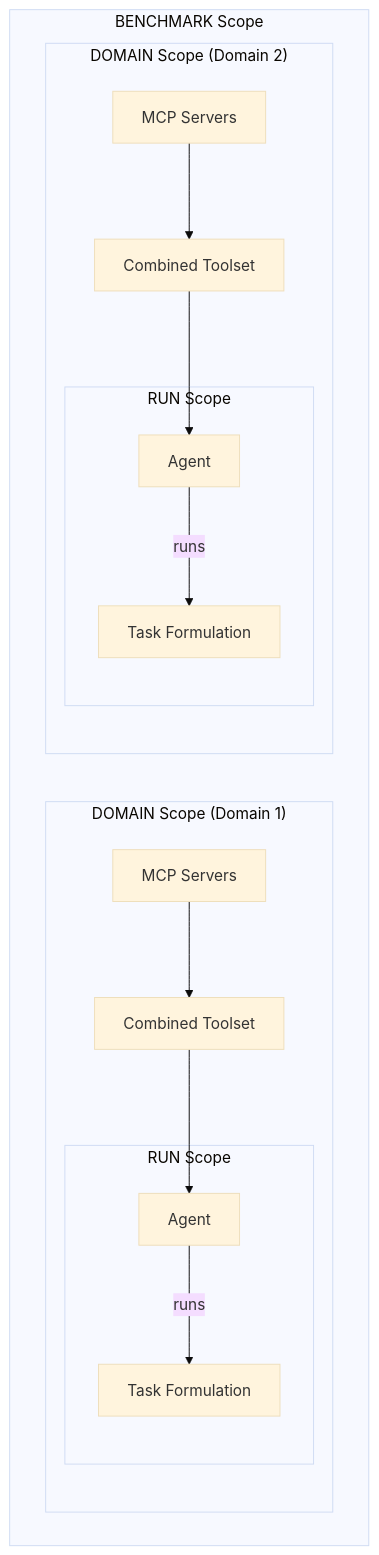
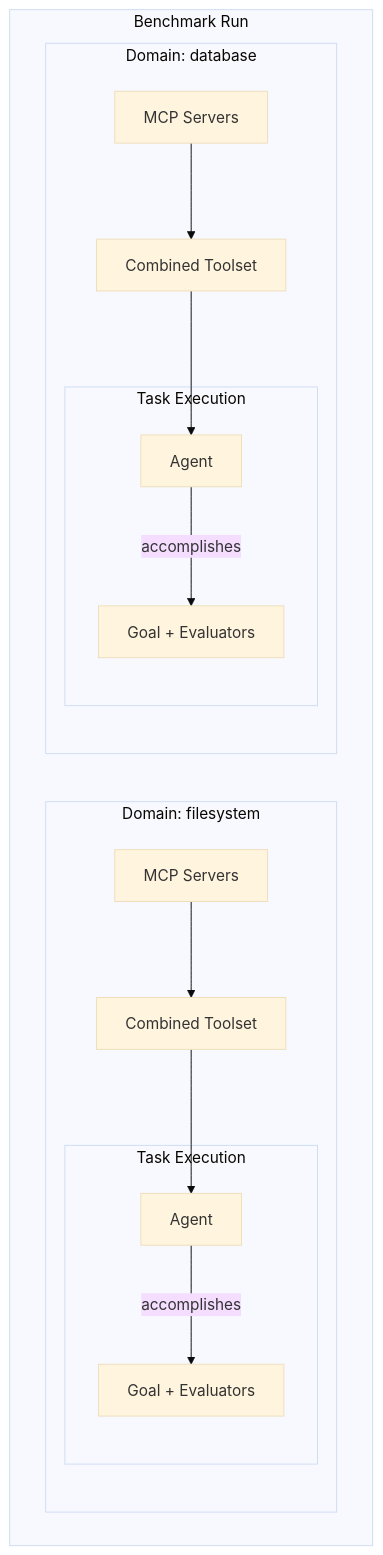
One commit to deeppavlov/mcp-evals changed the first of 2 diagrams in README.md. Above: the diagram before and after it, drawn with Mermaid (base theme). The commit also changed other lines of this file, not shown here.

````diff
--- a/README.md
+++ b/README.md
@@ -27,32 +183,32 @@
 ```mermaid
 flowchart TB
-    subgraph Benchmark["BENCHMARK Scope"]
-        subgraph Domain1["DOMAIN Scope (Domain 1)"]
+    subgraph Benchmark["Benchmark Run"]
+        subgraph Domain1["Domain: filesystem"]
             MCP1[MCP Servers]
             Toolset1[Combined Toolset]
             MCP1 --> Toolset1
             
-            subgraph Run1["RUN Scope"]
+            subgraph Run1["Task Execution"]
                 Agent1[Agent]
-                Task1[Task Formulation]
-                Agent1 --> |runs| Task1
+                Task1[Goal + Evaluators]
+                Agent1 --> |accomplishes| Task1
             end
             
             Toolset1 --> Agent1
         end
         
-        subgraph Domain2["DOMAIN Scope (Domain 2)"]
+        subgraph Domain2["Domain: database"]
             MCP2[MCP Servers]
             Toolset2[Combined Toolset]
             MCP2 --> Toolset2
             
-            subgraph Run2["RUN Scope"]
+            subgraph Run2["Task Execution"]
                 Agent2[Agent]
-                Task2[Task Formulation]
-                Agent2 --> |runs| Task2
+                Task2[Goal + Evaluators]
+                Agent2 --> |accomplishes| Task2
             end
             
             Toolset2 --> Agent2
         end
     end
 ```
````
